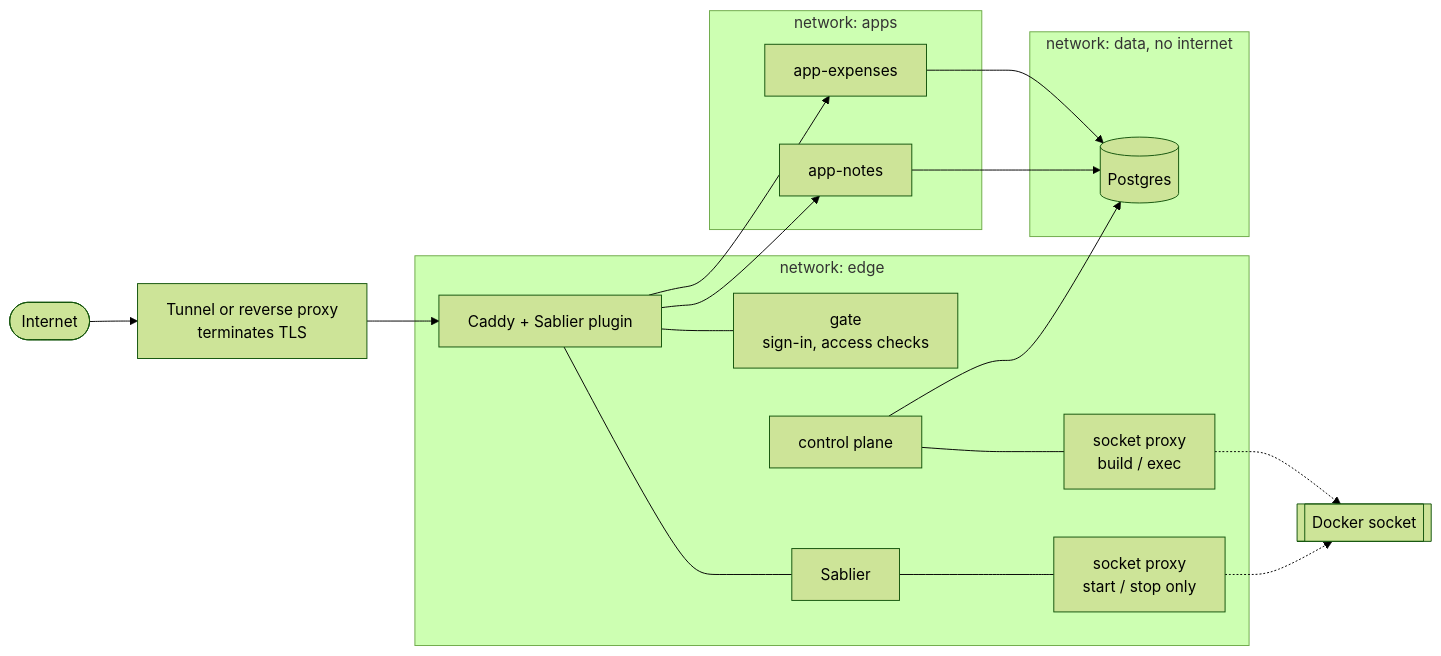
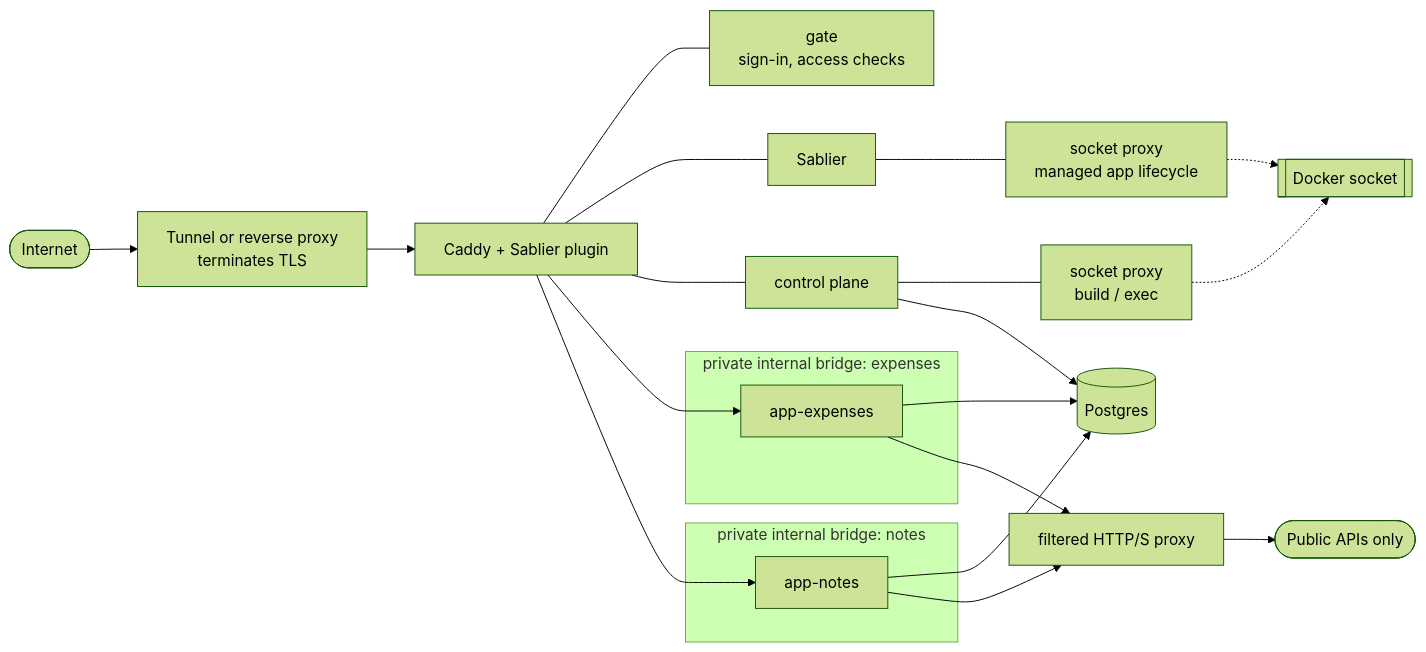
The diagram in README.md (theosorus/nanodeploy), drawn with Mermaid (forest theme) before and after one commit. The commit also changed other lines of this file and 3 other files, not shown here.

````diff
--- a/README.md
+++ b/README.md
@@ -195,30 +195,31 @@
 ```mermaid
 flowchart LR
     net([Internet]) --> tun[Tunnel or reverse proxy<br/>terminates TLS]
     tun --> caddy[Caddy + Sablier plugin]
 
-    subgraph edge[network: edge]
-        caddy --- gate[gate<br/>sign-in, access checks]
-        caddy --- sab[Sablier]
-        cp[control plane]
-        sab --- sp2[socket proxy<br/>start / stop only]
-        cp --- sp1[socket proxy<br/>build / exec]
+    caddy --- gate[gate<br/>sign-in, access checks]
+    caddy --- sab[Sablier]
+    caddy --- cp[control plane]
+    sab --- sp2[socket proxy<br/>managed app lifecycle]
+    cp --- sp1[socket proxy<br/>build / exec]
+
+    subgraph appnet1[private internal bridge: expenses]
+        a1[app-expenses]
     end
-
-    subgraph appsnet[network: apps]
-        a1[app-expenses]
+    subgraph appnet2[private internal bridge: notes]
         a2[app-notes]
     end
-
-    subgraph datanet[network: data, no internet]
-        pg[(Postgres)]
-    end
+    pg[(Postgres)]
+    egress[filtered HTTP/S proxy]
 
     caddy --> a1
     caddy --> a2
     a1 --> pg
     a2 --> pg
+    a1 --> egress
+    a2 --> egress
+    egress --> api([Public APIs only])
     cp --> pg
     sp1 -.-> dock[[Docker socket]]
     sp2 -.-> dock
 ```
````
